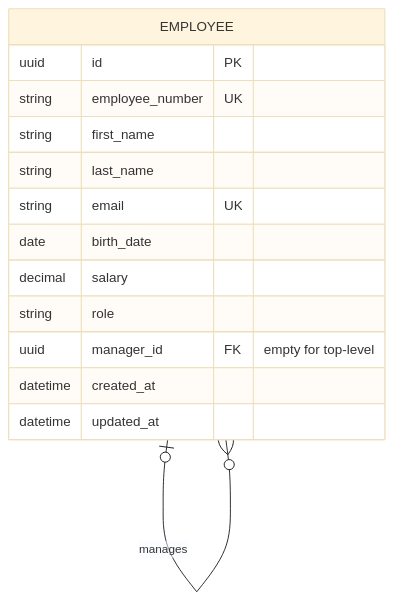
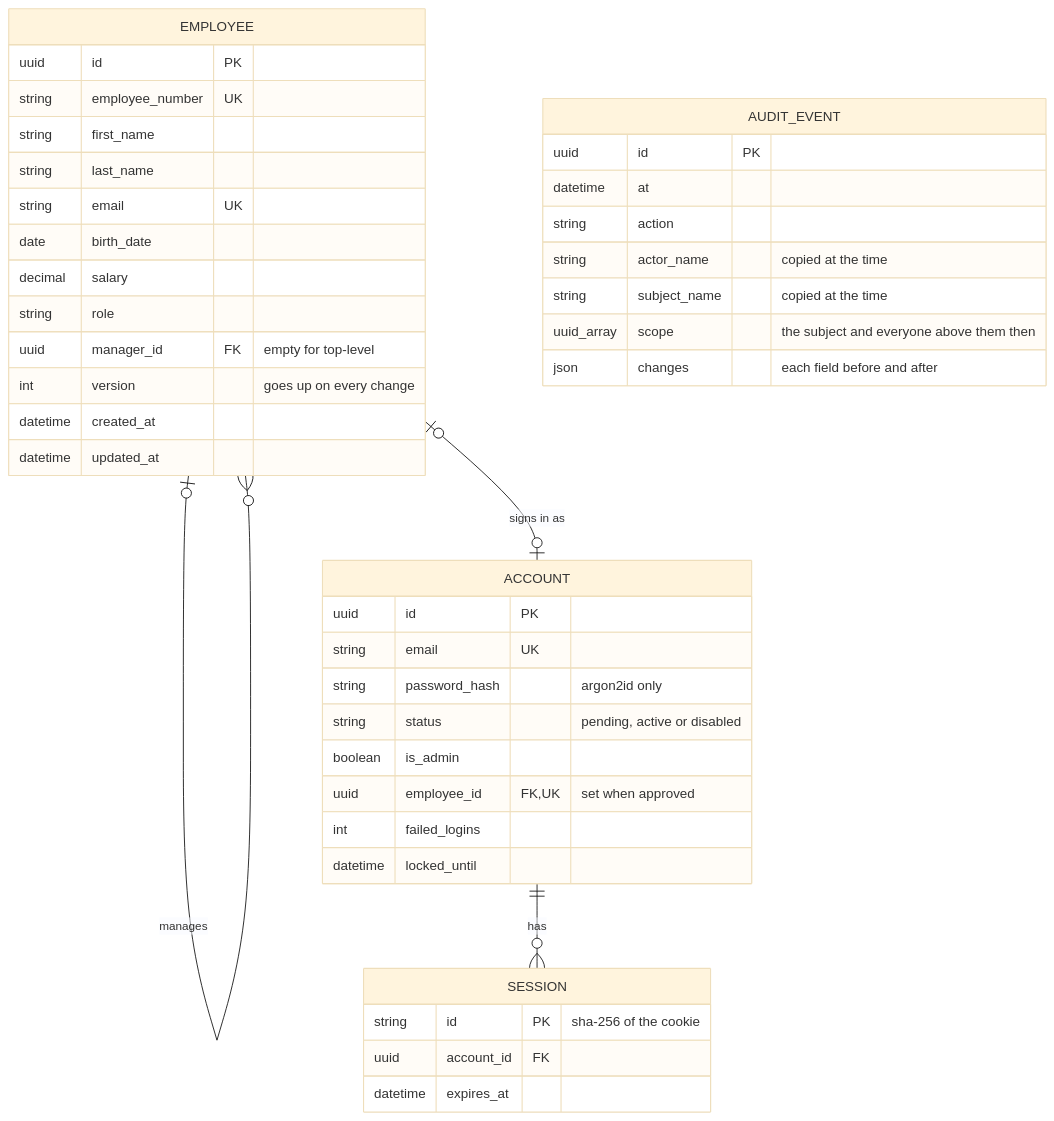
The eighth of 10 diagrams in docs/sas/SAS.md (Ayush-B99/hierarchyHub), drawn with Mermaid (base theme) before and after one commit. The commit also changed other lines of this file and 12 other files, not shown here.

````diff
--- a/docs/sas/SAS.md
+++ b/docs/sas/SAS.md
@@ -256,17 +280,44 @@
 ```mermaid
 erDiagram
     EMPLOYEE |o--o{ EMPLOYEE : "manages"
     EMPLOYEE {
         uuid id PK
         string employee_number UK
         string first_name
         string last_name
         string email UK
         date birth_date
         decimal salary
         string role
         uuid manager_id FK "empty for top-level"
+        int version "goes up on every change"
         datetime created_at
         datetime updated_at
     }
+    EMPLOYEE |o--o| ACCOUNT : "signs in as"
+    ACCOUNT ||--o{ SESSION : "has"
+    ACCOUNT {
+        uuid id PK
+        string email UK
+        string password_hash "argon2id only"
+        string status "pending, active or disabled"
+        boolean is_admin
+        uuid employee_id FK,UK "set when approved"
+        int failed_logins
+        datetime locked_until
+    }
+    SESSION {
+        string id PK "sha-256 of the cookie"
+        uuid account_id FK
+        datetime expires_at
+    }
+    AUDIT_EVENT {
+        uuid id PK
+        datetime at
+        string action
+        string actor_name "copied at the time"
+        string subject_name "copied at the time"
+        uuid_array scope "the subject and everyone above them then"
+        json changes "each field before and after"
+    }
 ```
````
